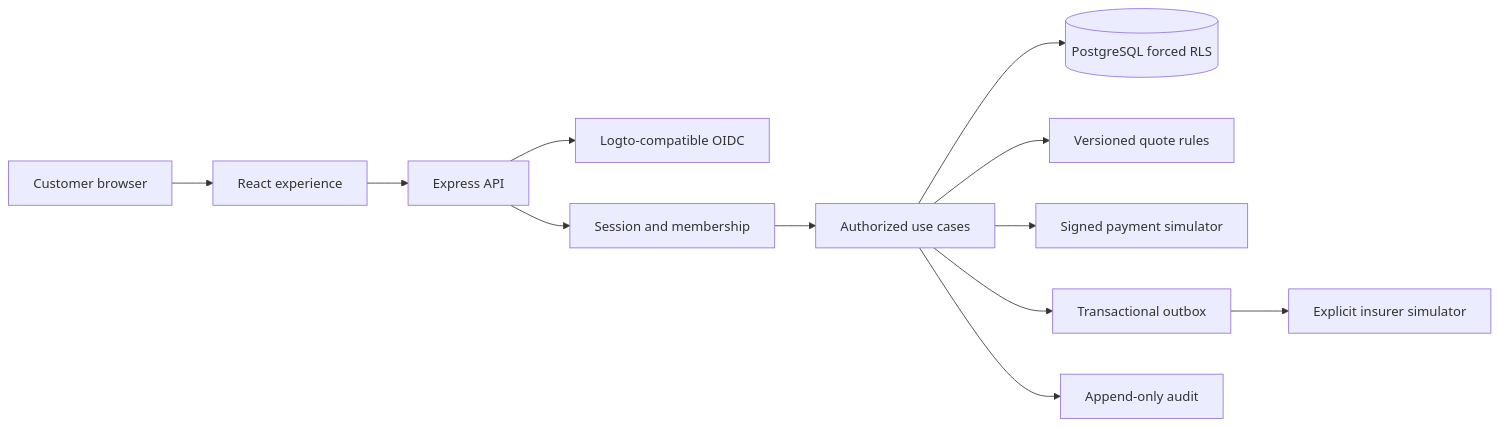
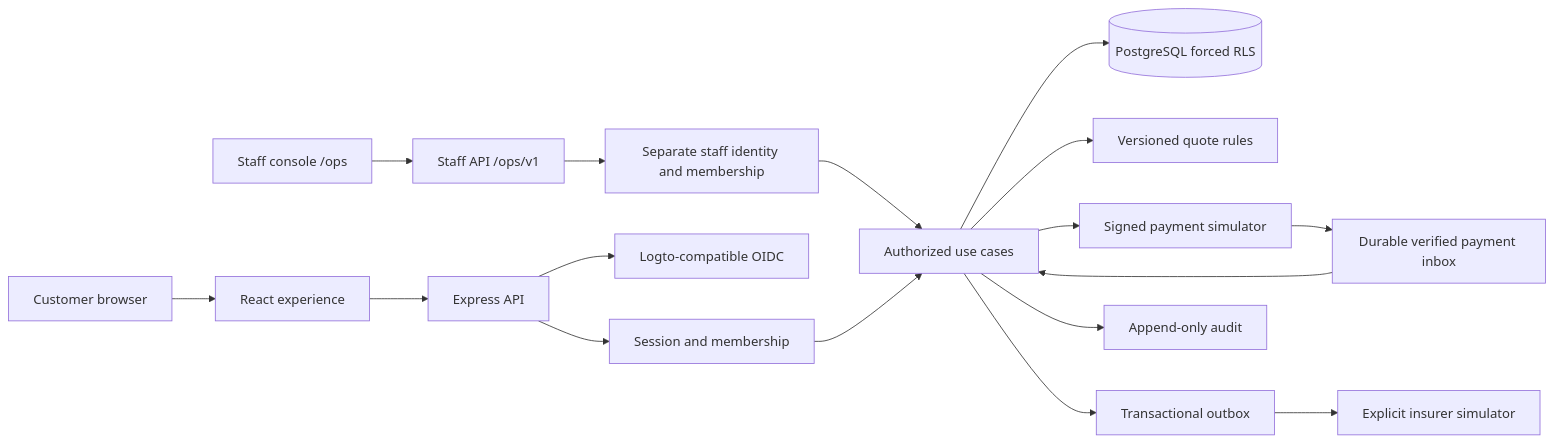
One commit to bstBizEra/biztrust_ib changed the diagram in docs/architecture.md. Above: the diagram before and after it, drawn with Mermaid. The commit also changed other lines of this file and 25 other files, not shown here.

First line of the commit message:
feat(operations): add staff console and durable payment inbox

````diff
--- a/docs/architecture.md
+++ b/docs/architecture.md
@@ -11,14 +11,19 @@
 ```mermaid
 flowchart LR
   B[Customer browser] --> W[React experience]
   W --> A[Express API]
+  C[Staff console /ops] --> OAPI[Staff API /ops/v1]
+  OAPI --> SI[Separate staff identity and membership]
+  SI --> U
   A --> I[Logto-compatible OIDC]
   A --> S[Session and membership]
   S --> U[Authorized use cases]
   U --> D[(PostgreSQL forced RLS)]
   U --> Q[Versioned quote rules]
   U --> P[Signed payment simulator]
   U --> O[Transactional outbox]
   O --> R[Explicit insurer simulator]
   U --> E[Append-only audit]
+  P --> IN[Durable verified payment inbox]
+  IN --> U
 ```
````
